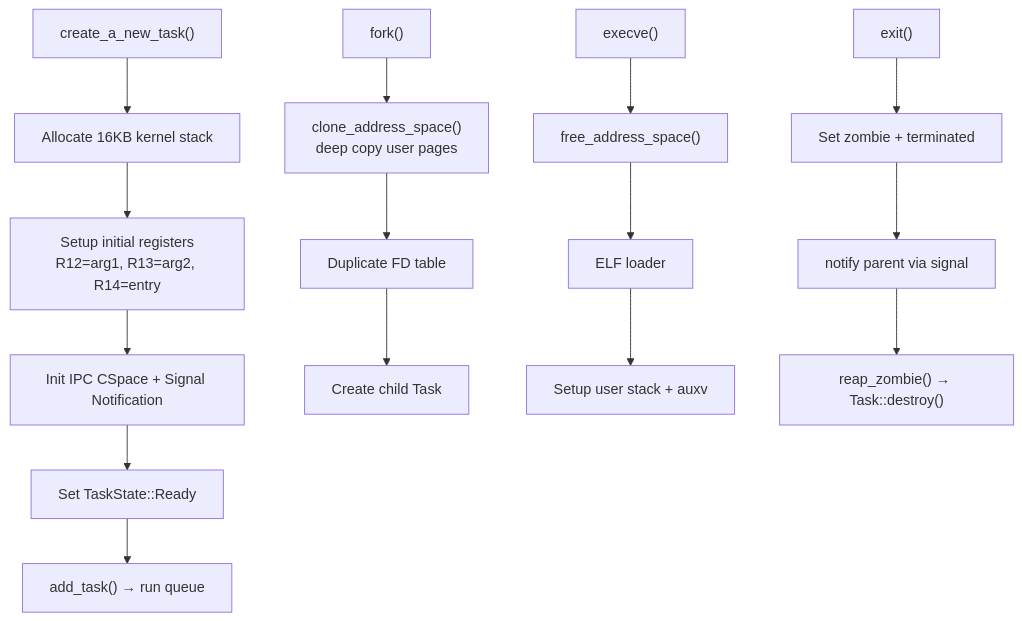
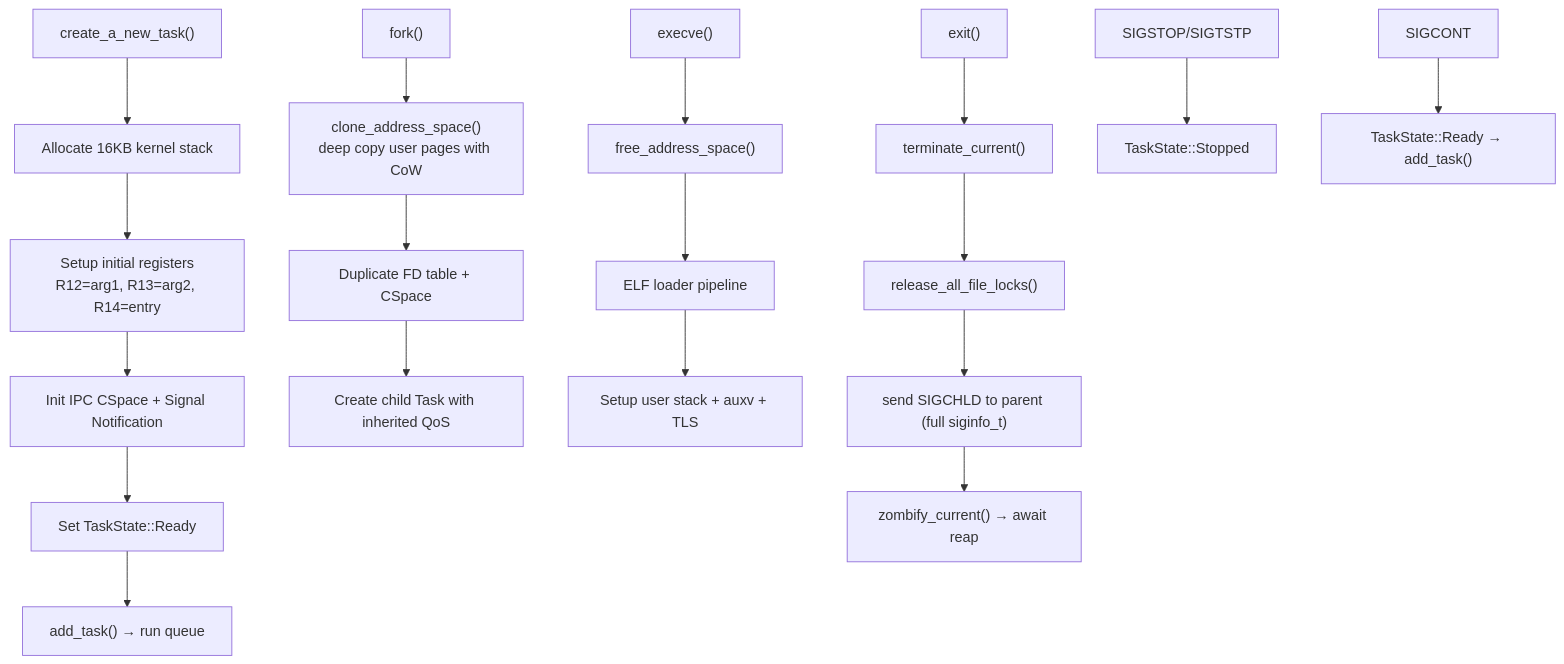
One commit to KitsuneBSD/FKernel changed the first of 2 diagrams in Docs/Kernel/Process/README.md. Above: the diagram before and after it, drawn with Mermaid. The commit also changed other lines of this file and 15 other files, not shown here.

Commit message:
docs: update TODO.md and architecture documentation for session 12

````diff
--- a/Docs/Kernel/Process/README.md
+++ b/Docs/Kernel/Process/README.md
@@ -9,20 +9,24 @@
 ```mermaid
 flowchart TD
     A["create_a_new_task()"] --> B["Allocate 16KB kernel stack"]
     B --> C["Setup initial registers<br/>R12=arg1, R13=arg2, R14=entry"]
     C --> D["Init IPC CSpace + Signal Notification"]
     D --> E["Set TaskState::Ready"]
     E --> F["add_task() → run queue"]
 
-    G["fork()"] --> H["clone_address_space()<br/>deep copy user pages"]
-    H --> I["Duplicate FD table"]
-    I --> J["Create child Task"]
+    G["fork()"] --> H["clone_address_space()<br/>deep copy user pages with CoW"]
+    H --> I["Duplicate FD table + CSpace"]
+    I --> J["Create child Task with inherited QoS"]
 
     K["execve()"] --> L["free_address_space()"]
-    L --> M["ELF loader"]
-    M --> N["Setup user stack + auxv"]
+    L --> M["ELF loader pipeline"]
+    M --> N["Setup user stack + auxv + TLS"]
 
-    O["exit()"] --> P["Set zombie + terminated"]
-    P --> Q["notify parent via signal"]
-    Q --> R["reap_zombie() → Task::destroy()"]
+    O["exit()"] --> P["terminate_current()"]
+    P --> Q["release_all_file_locks()"]
+    Q --> R["send SIGCHLD to parent (full siginfo_t)"]
+    R --> S["zombify_current() → await reap"]
+
+    T["SIGSTOP/SIGTSTP"] --> U["TaskState::Stopped"]
+    V["SIGCONT"] --> W["TaskState::Ready → add_task()"]
 ```
````
